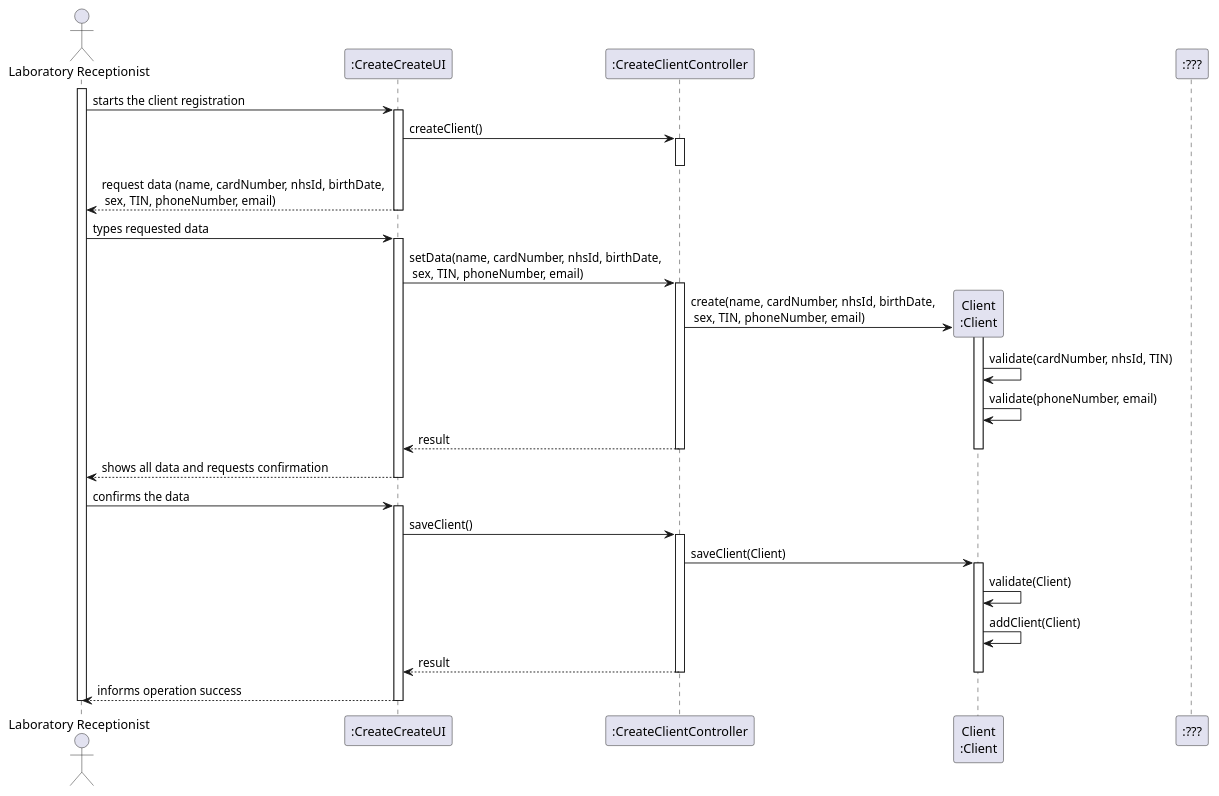
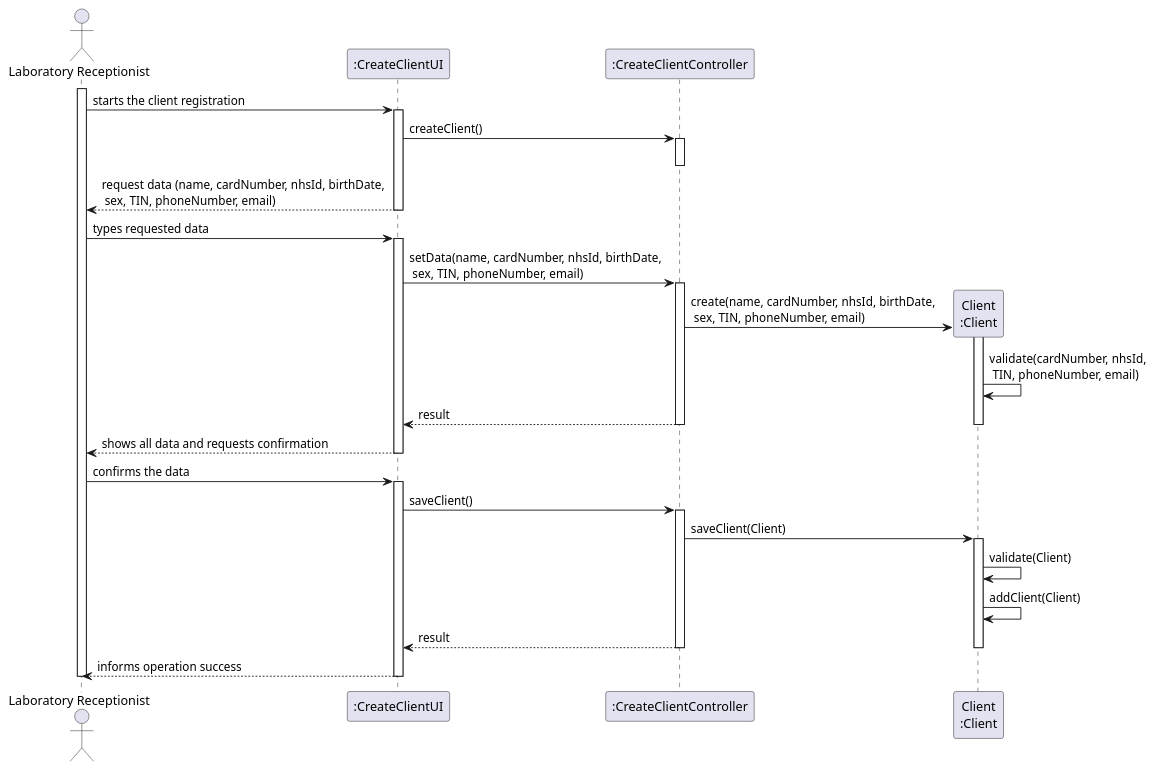
One commit to MadDinosaur/ISEP-LAPR2 changed the diagram in docs/SprintB/US3/US3_SD.puml. Above: the diagram before and after it, drawn with PlantUML. The commit also changed 4 other files, not shown here.

```diff
--- a/docs/SprintB/US3/US3_SD.puml
+++ b/docs/SprintB/US3/US3_SD.puml
@@ -1,44 +1,43 @@
 @startuml
 actor "Laboratory Receptionist" as LR
-participant ":CreateCreateUI" as ui
+participant ":CreateClientUI" as ui
 participant ":CreateClientController" as controller
 participant "Client\n:Client" as clt
-participant ":???" as new
+
 
 activate LR
 LR -> ui : starts the client registration
 activate ui
 ui -> controller : createClient()
 activate controller
 deactivate controller
 ui --> LR : request data (name, cardNumber, nhsId, birthDate, \n sex, TIN, phoneNumber, email)
 deactivate ui
 LR -> ui : types requested data
 activate ui
 ui -> controller : setData(name, cardNumber, nhsId, birthDate, \n sex, TIN, phoneNumber, email)
 activate controller
 controller -> clt** : create(name, cardNumber, nhsId, birthDate, \n sex, TIN, phoneNumber, email)
 activate clt
-clt -> clt : validate(cardNumber, nhsId, TIN)
-clt -> clt : validate(phoneNumber, email)
+clt -> clt : validate(cardNumber, nhsId,\n TIN, phoneNumber, email)
 controller --> ui : result
 deactivate clt
 deactivate controller
 ui --> LR : shows all data and requests confirmation
 deactivate ui
 LR -> ui : confirms the data
 activate ui
 ui -> controller : saveClient()
 activate controller
 controller -> clt : saveClient(Client)
 activate clt
 clt -> clt : validate(Client)
 clt -> clt : addClient(Client)
 controller --> ui : result
 deactivate clt
 deactivate controller
 ui --> LR : informs operation success
 deactivate ui
 deactivate LR
 
 @enduml
```
